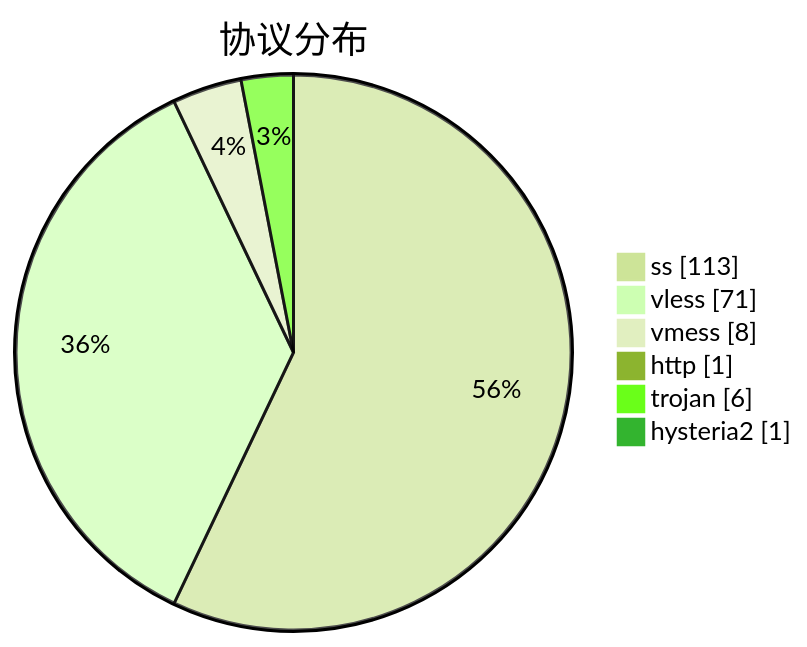
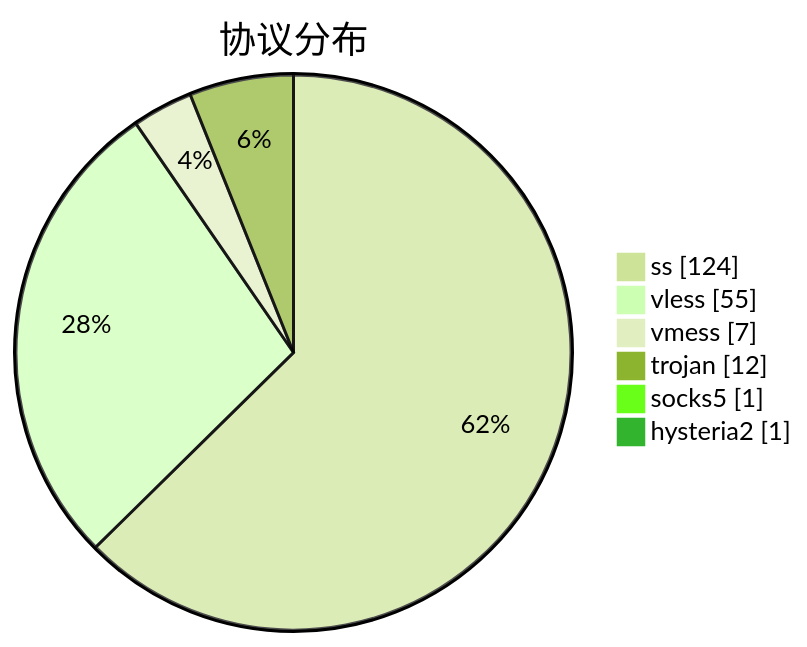
Before and after one commit to qjlxg/airport: the third of 3 diagrams in subs/statistics/tested_within.md, drawn with Mermaid (forest theme). The commit also changed other lines of this file and 2 other files, not shown here.

````diff
--- a/subs/statistics/tested_within.md
+++ b/subs/statistics/tested_within.md
@@ -26,10 +28,10 @@
 ```mermaid
 pie showData
 title 协议分布
-"ss" : 113
-"vless" : 71
-"vmess" : 8
-"http" : 1
-"trojan" : 6
+"ss" : 124
+"vless" : 55
+"vmess" : 7
+"trojan" : 12
+"socks5" : 1
 "hysteria2" : 1
 ```
````
